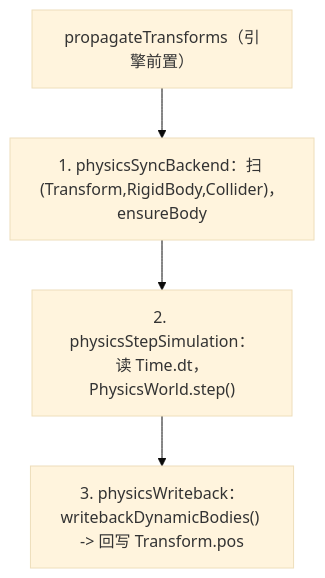
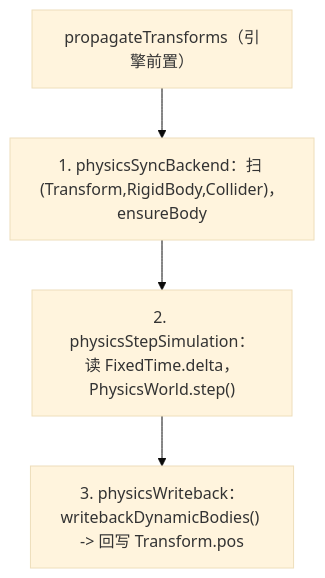
One commit to ForgeaX-Games/forgeax-editor changed the diagram in packages/engine/skills/forgeax-engine-physics/SKILL.md. Above: the diagram before and after it, drawn with Mermaid (base theme). The commit also changed other lines of this file and 5042 other files, not shown here.

````diff
--- a/packages/engine/skills/forgeax-engine-physics/SKILL.md
+++ b/packages/engine/skills/forgeax-engine-physics/SKILL.md
@@ -66,6 +65,6 @@
 ```mermaid
 flowchart TD
   PT["propagateTransforms（引擎前置）"] --> SB["1. physicsSyncBackend：扫 (Transform,RigidBody,Collider)，ensureBody"]
-  SB --> SS["2. physicsStepSimulation：读 Time.dt，PhysicsWorld.step()"]
+  SB --> SS["2. physicsStepSimulation：读 FixedTime.delta，PhysicsWorld.step()"]
   SS --> WB["3. physicsWriteback：writebackDynamicBodies() -> 回写 Transform.pos"]
 ```
````
